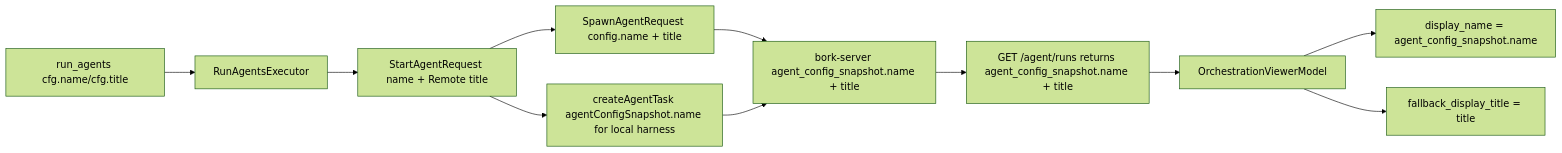
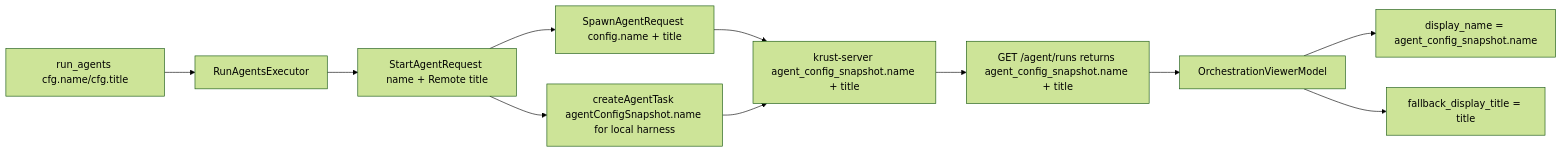
Before and after one commit to antikrust/krust-terminal: the diagram in specs/QUALITY-731/TECH.md, drawn with Mermaid (forest theme). The commit also changed other lines of this file and 4480 other files, not shown here.

First line of the commit message:
Rebrand Bork -> Krust

````diff
--- a/specs/QUALITY-731/TECH.md
+++ b/specs/QUALITY-731/TECH.md
@@ -50,13 +50,13 @@
 ```mermaid
 flowchart LR
     A[run_agents cfg.name/cfg.title] --> B[RunAgentsExecutor]
     B --> C[StartAgentRequest name + Remote title]
     C --> D[SpawnAgentRequest config.name + title]
     C --> E[createAgentTask agentConfigSnapshot.name for local harness]
-    D --> F[bork-server agent_config_snapshot.name + title]
+    D --> F[krust-server agent_config_snapshot.name + title]
     E --> F
     F --> G[GET /agent/runs returns agent_config_snapshot.name + title]
     G --> H[OrchestrationViewerModel]
     H --> I[display_name = agent_config_snapshot.name]
     H --> J[fallback_display_title = title]
 ```
````
